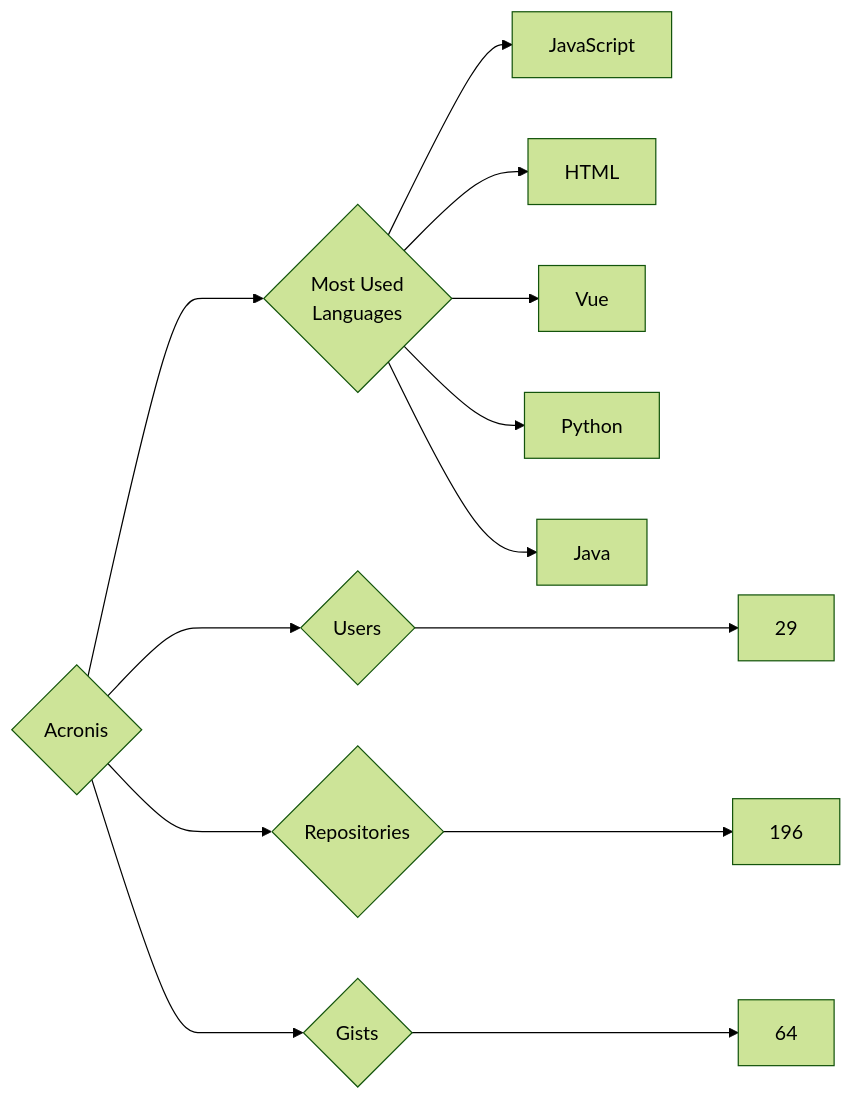
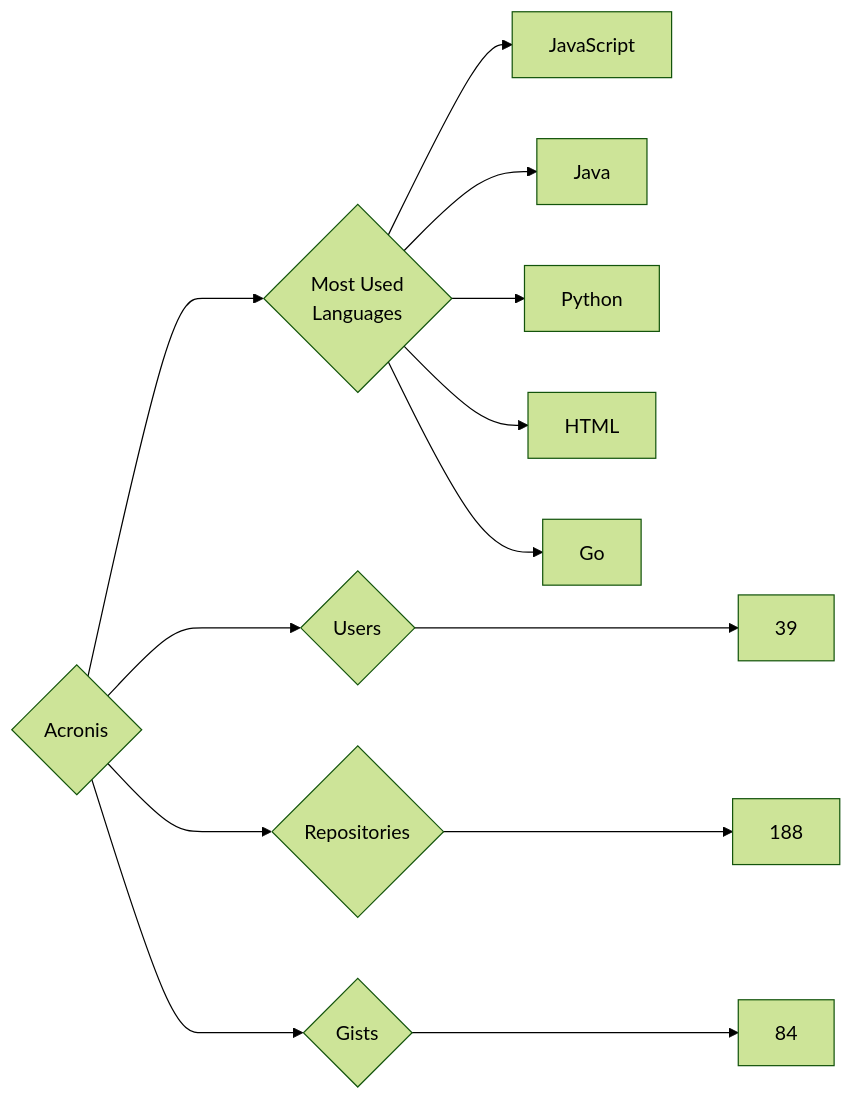
The diagram in targets/Acronis/README.md (trickest/insiders), drawn with Mermaid (forest theme) before and after one commit. The commit also changed 749 other files, not shown here.

````diff
--- a/targets/Acronis/README.md
+++ b/targets/Acronis/README.md
@@ -3,13 +3,13 @@
 ```mermaid
 graph LR
 COMPANY_NAME{Acronis}
-COMPANY_NAME ---> U{Users} ---> UN[29]
-COMPANY_NAME ---> R{Repositories} ---> RN[196]
-COMPANY_NAME ---> G{Gists} ---> GN[64]
+COMPANY_NAME ---> U{Users} ---> UN[39]
+COMPANY_NAME ---> R{Repositories} ---> RN[188]
+COMPANY_NAME ---> G{Gists} ---> GN[84]
 COMPANY_NAME ---> ML{Most Used<br>Languages}
 ML --> JavaScript[JavaScript]
+ML --> Java[Java]
+ML --> Python[Python]
 ML --> HTML[HTML]
-ML --> Vue[Vue]
-ML --> Python[Python]
-ML --> Java[Java]
+ML --> Go[Go]
 ```
````
